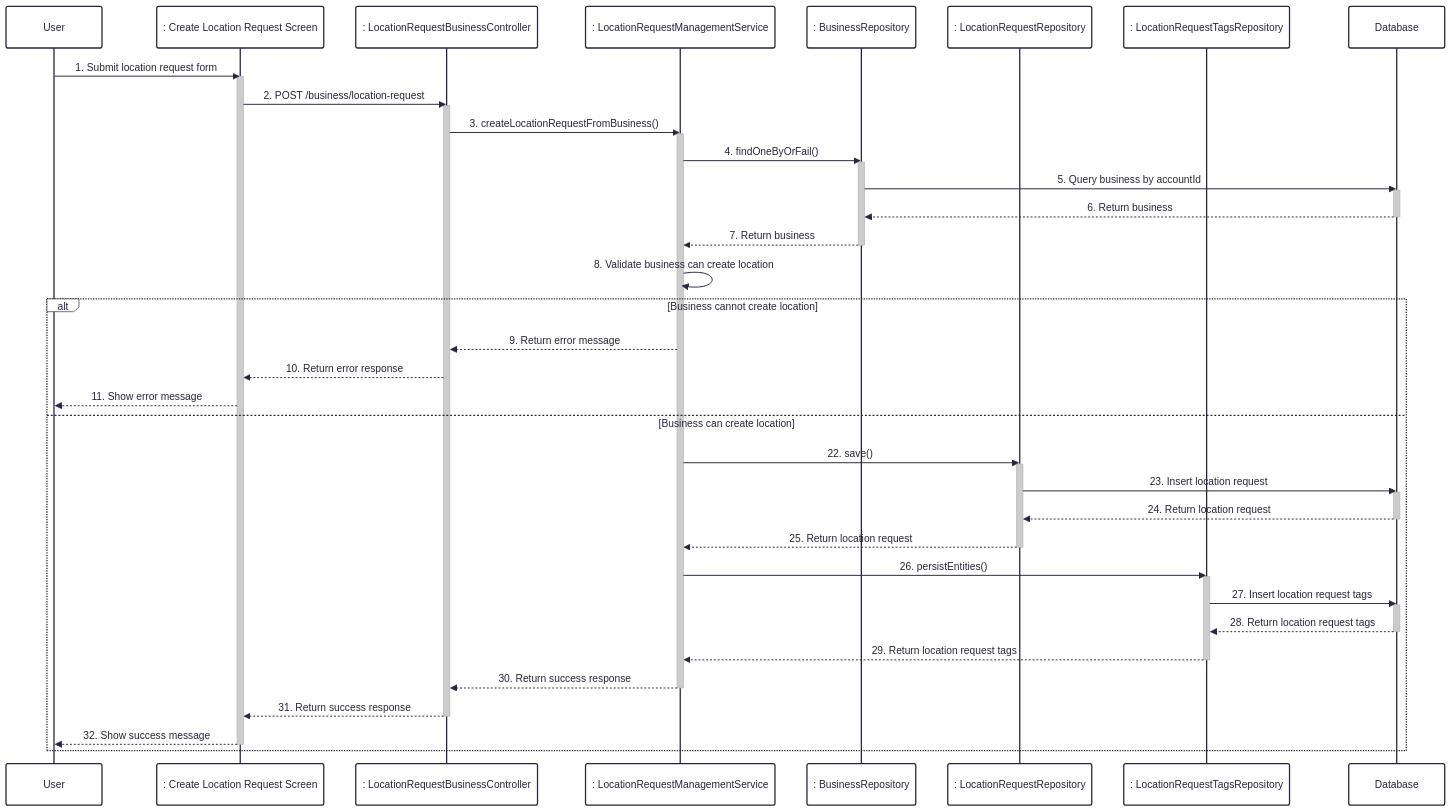
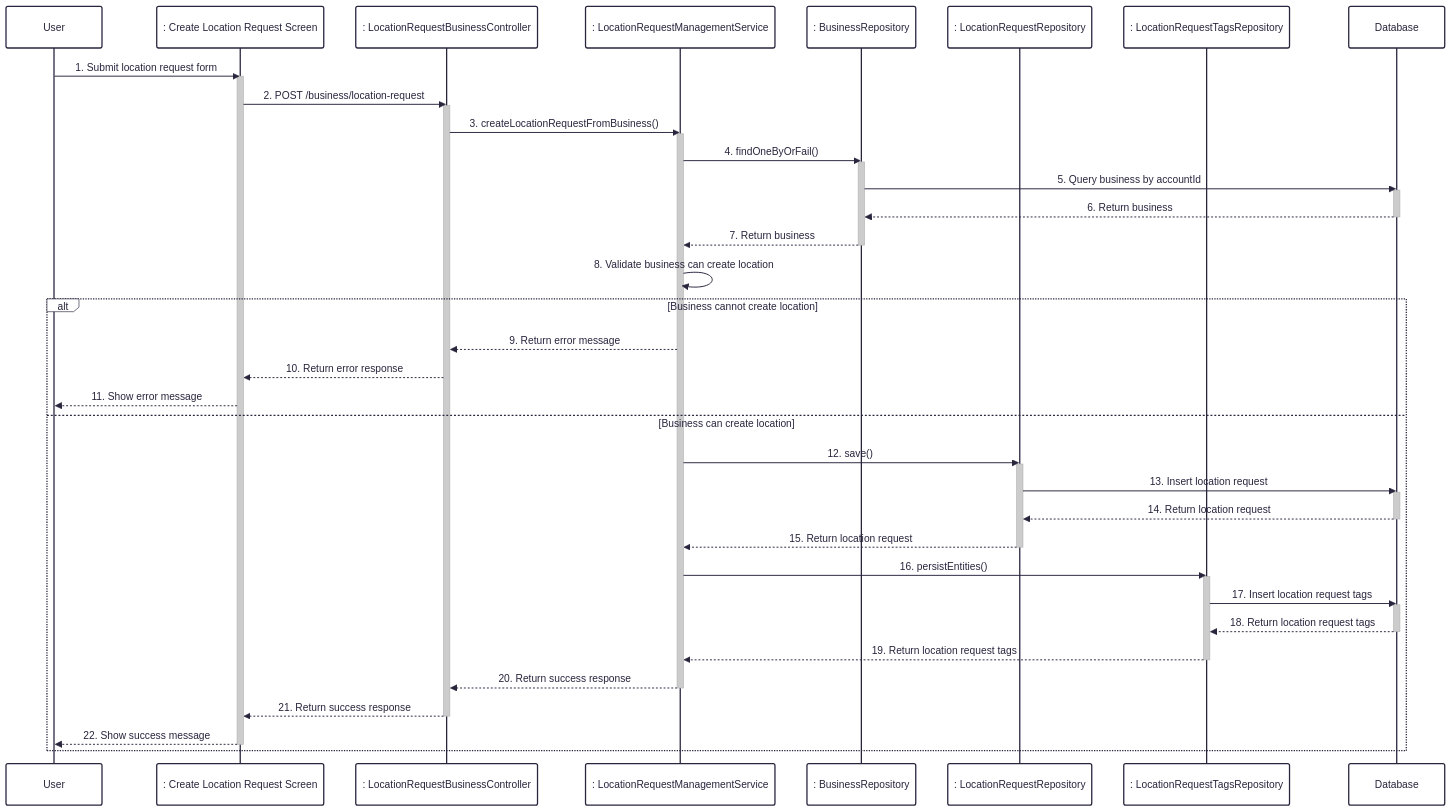
One commit to UrbanLens-2025/urban-lens_server changed the diagram in docs/sequence/3-create-location-request.md. Above: the diagram before and after it, drawn with Mermaid. The commit also changed 29 other files, not shown here.

````diff
--- a/docs/sequence/3-create-location-request.md
+++ b/docs/sequence/3-create-location-request.md
@@ -1,60 +1,60 @@
 ```mermaid
 ---
 config:
   theme: redux
   look: classic
 ---
 sequenceDiagram
     participant User
     participant Frontend as : Create Location Request Screen
     participant LocationRequestBusinessController as : LocationRequestBusinessController
     participant LocationRequestManagementService as : LocationRequestManagementService
     participant BusinessRepository as : BusinessRepository
     participant LocationRequestRepository as : LocationRequestRepository
     participant LocationRequestTagsRepository as : LocationRequestTagsRepository
     participant Database
 
     User->>Frontend: 1. Submit location request form
     activate Frontend
     Frontend->>LocationRequestBusinessController: 2. POST /business/location-request
     activate LocationRequestBusinessController
     LocationRequestBusinessController->>LocationRequestManagementService: 3. createLocationRequestFromBusiness()
     activate LocationRequestManagementService
     LocationRequestManagementService->>BusinessRepository: 4. findOneByOrFail()
     activate BusinessRepository
     BusinessRepository->>Database: 5. Query business by accountId
     activate Database
     Database-->>BusinessRepository: 6. Return business
     deactivate Database
     BusinessRepository-->>LocationRequestManagementService: 7. Return business
     deactivate BusinessRepository
     LocationRequestManagementService->>LocationRequestManagementService: 8. Validate business can create location
     alt Business cannot create location
         LocationRequestManagementService-->>LocationRequestBusinessController: 9. Return error message
         LocationRequestBusinessController-->>Frontend: 10. Return error response
         Frontend-->>User: 11. Show error message
     else Business can create location
-        LocationRequestManagementService->>LocationRequestRepository: 22. save()
+        LocationRequestManagementService->>LocationRequestRepository: 12. save()
         activate LocationRequestRepository
-        LocationRequestRepository->>Database: 23. Insert location request
+        LocationRequestRepository->>Database: 13. Insert location request
         activate Database
-        Database-->>LocationRequestRepository: 24. Return location request
+        Database-->>LocationRequestRepository: 14. Return location request
         deactivate Database
-        LocationRequestRepository-->>LocationRequestManagementService: 25. Return location request
+        LocationRequestRepository-->>LocationRequestManagementService: 15. Return location request
         deactivate LocationRequestRepository
-        LocationRequestManagementService->>LocationRequestTagsRepository: 26. persistEntities()
+        LocationRequestManagementService->>LocationRequestTagsRepository: 16. persistEntities()
         activate LocationRequestTagsRepository
-        LocationRequestTagsRepository->>Database: 27. Insert location request tags
+        LocationRequestTagsRepository->>Database: 17. Insert location request tags
         activate Database
-        Database-->>LocationRequestTagsRepository: 28. Return location request tags
+        Database-->>LocationRequestTagsRepository: 18. Return location request tags
         deactivate Database
-        LocationRequestTagsRepository-->>LocationRequestManagementService: 29. Return location request tags
+        LocationRequestTagsRepository-->>LocationRequestManagementService: 19. Return location request tags
         deactivate LocationRequestTagsRepository
-        LocationRequestManagementService-->>LocationRequestBusinessController: 30. Return success response
+        LocationRequestManagementService-->>LocationRequestBusinessController: 20. Return success response
         deactivate LocationRequestManagementService
-        LocationRequestBusinessController-->>Frontend: 31. Return success response
+        LocationRequestBusinessController-->>Frontend: 21. Return success response
         deactivate LocationRequestBusinessController
-        Frontend-->>User: 32. Show success message
+        Frontend-->>User: 22. Show success message
         deactivate Frontend
     end
 ```
````
